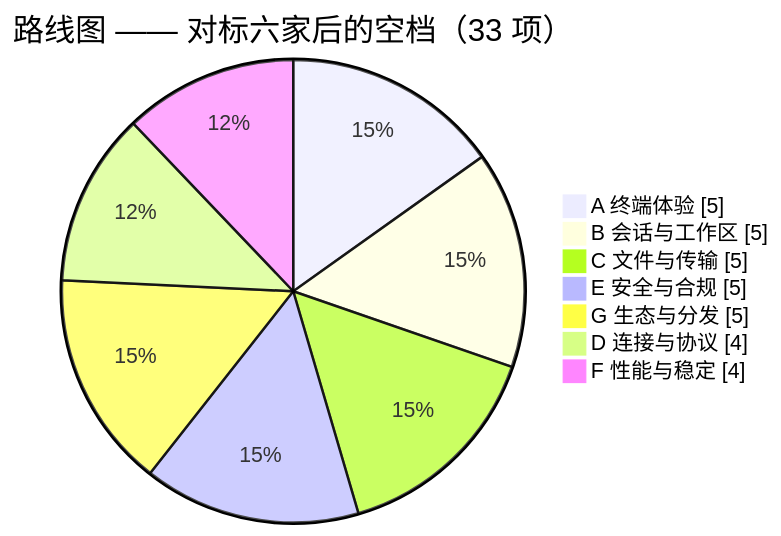
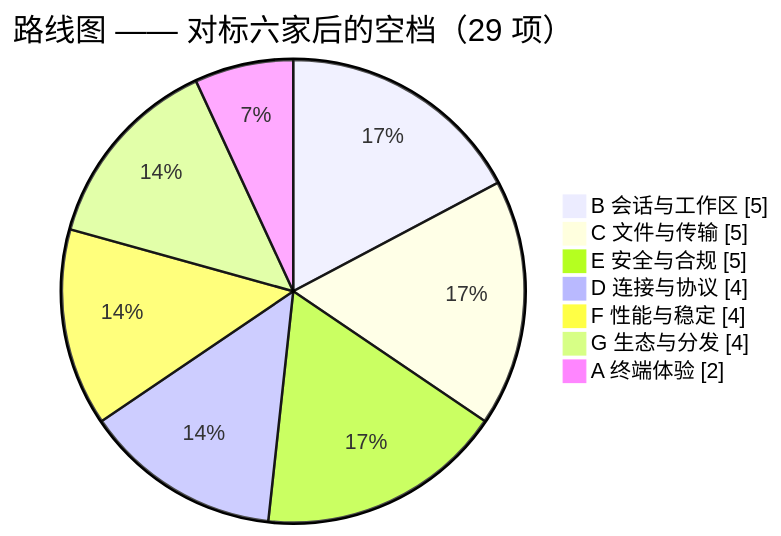
One commit to joesdu/VelaShell changed the second of 2 diagrams in feature-plan.md. Above: the diagram before and after it, drawn with Mermaid. The commit also changed other lines of this file and 6 other files, not shown here.

````diff
--- a/feature-plan.md
+++ b/feature-plan.md
@@ -51,11 +51,11 @@
 ```mermaid
 pie showData
-    title 路线图 —— 对标六家后的空档（33 项）
-    "A 终端体验" : 5
+    title 路线图 —— 对标六家后的空档（29 项）
     "B 会话与工作区" : 5
     "C 文件与传输" : 5
     "E 安全与合规" : 5
-    "G 生态与分发" : 5
     "D 连接与协议" : 4
     "F 性能与稳定" : 4
+    "G 生态与分发" : 4
+    "A 终端体验" : 2
 ```
````
